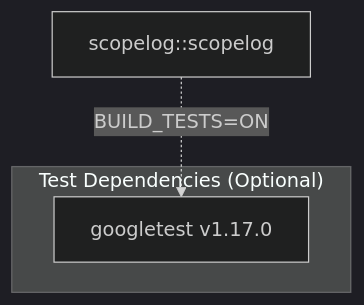
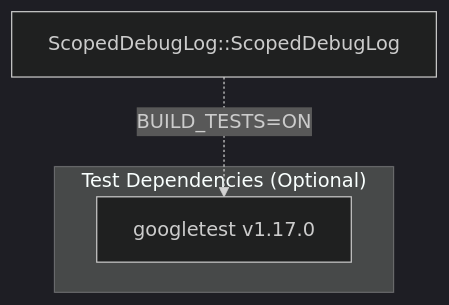
One commit to SiddiqSoft/ScopeTrace changed the diagram in dependencies.md. Above: the diagram before and after it, drawn with Mermaid (dark theme). The commit also changed other lines of this file and 23 other files, not shown here.

````diff
--- a/dependencies.md
+++ b/dependencies.md
@@ -7,10 +7,10 @@
 ```mermaid
 graph TD
-    scopelog["scopelog::scopelog"]
+    ScopedDebugLog["ScopedDebugLog::ScopedDebugLog"]
 
     subgraph Test["Test Dependencies (Optional)"]
         GOOGLETEST["googletest v1.17.0"]
     end
 
-    scopelog -. "BUILD_TESTS=ON" .-> GOOGLETEST
+    ScopedDebugLog -. "BUILD_TESTS=ON" .-> GOOGLETEST
 ```
````
